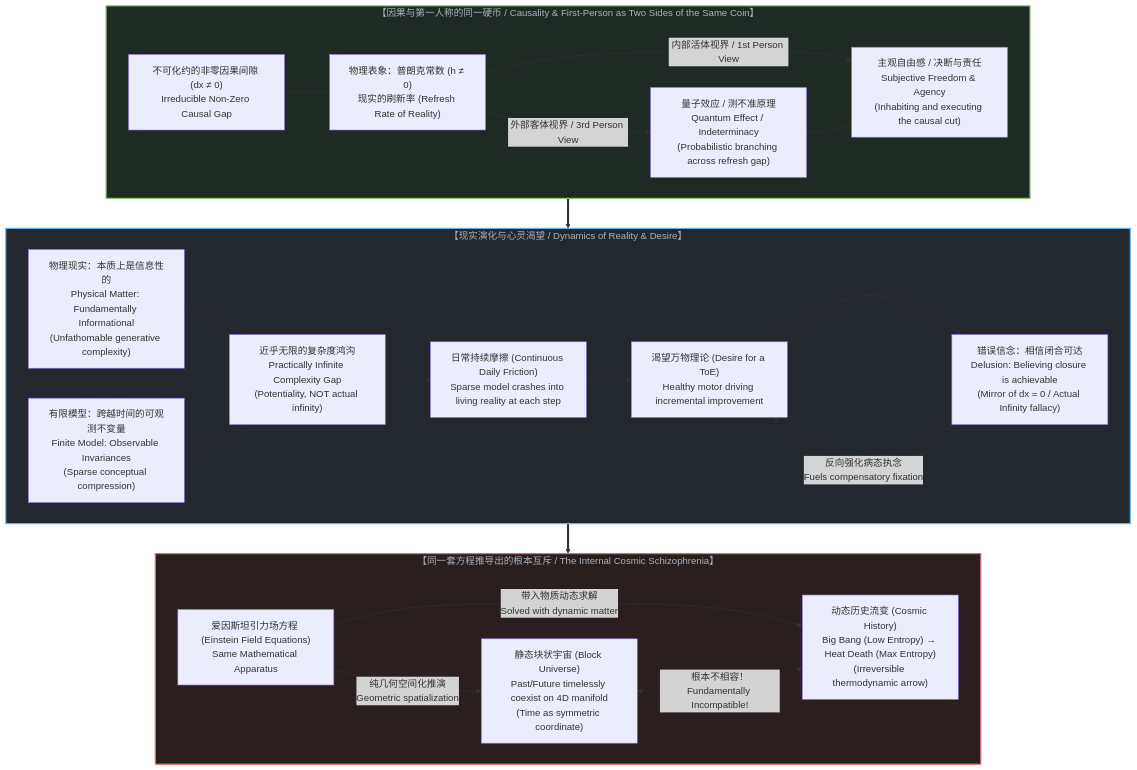
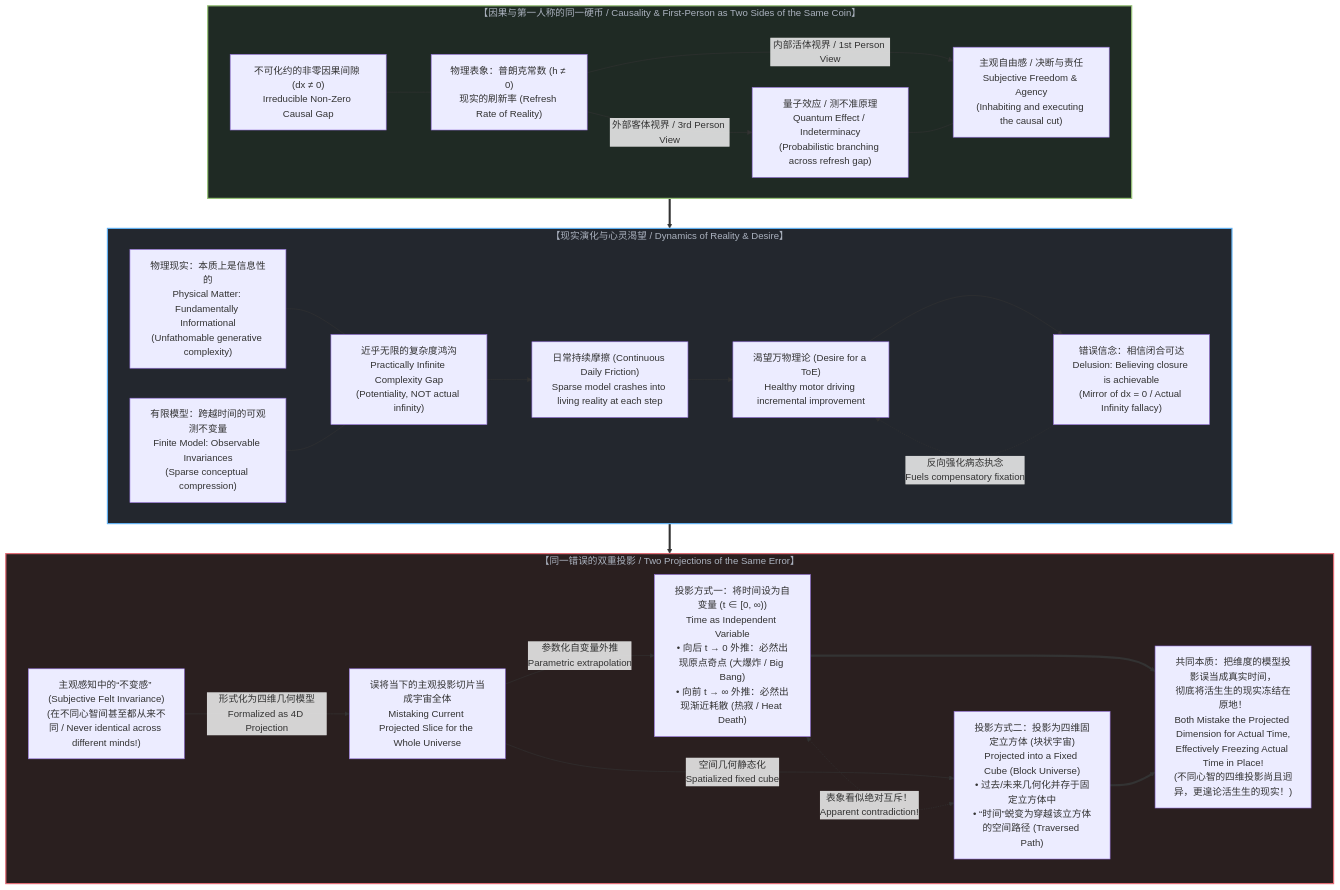
One commit to powerpig99/not-a-toe changed the diagram in content/posts/demanding-a-toe-freezes-time-into-a-catalog.md. Above: the diagram before and after it, drawn with Mermaid. The commit also changed other lines of this file and 3 other files, not shown here.

Commit message:
feat: articulate twin projections of current slice and fallacy of 4D projection across minds

````diff
--- a/content/posts/demanding-a-toe-freezes-time-into-a-catalog.md
+++ b/content/posts/demanding-a-toe-freezes-time-into-a-catalog.md
@@ -567,50 +615,59 @@
 ```mermaid
 graph TD
     subgraph GrandCoherence["【因果与第一人称的同一硬币 / Causality & First-Person as Two Sides of the Same Coin】"]
         Cut["不可化约的非零因果间隙 (dx ≠ 0)<br>Irreducible Non-Zero Causal Gap"]
         Planck["物理表象：普朗克常数 (h ≠ 0)<br>现实的刷新率 (Refresh Rate of Reality)"]
         
         Cut --- Planck
         
         Planck -->|"外部客体视界 / 3rd Person View"| Quantum["量子效应 / 测不准原理<br>Quantum Effect / Indeterminacy<br>(Probabilistic branching across refresh gap)"]
         Planck -->|"内部活体视界 / 1st Person View"| Freedom["主观自由感 / 决断与责任<br>Subjective Freedom & Agency<br>(Inhabiting and executing the causal cut)"]
         
         Quantum --- Freedom
     end
 
     subgraph Dynamics["【现实演化与心灵渴望 / Dynamics of Reality & Desire】"]
         Reality["物理现实：本质上是信息性的<br>Physical Matter: Fundamentally Informational<br>(Unfathomable generative complexity)"]
         Model["有限模型：跨越时间的可观测不变量<br>Finite Model: Observable Invariances<br>(Sparse conceptual compression)"]
         
         Gap["近乎无限的复杂度鸿沟<br>Practically Infinite Complexity Gap<br>(Potentiality, NOT actual infinity)"]
         Reality --- Gap
         Model --- Gap
         
         Friction["日常持续摩擦 (Continuous Daily Friction)<br>Sparse model crashes into living reality at each step"]
         Gap --> Friction
         
         Desire["渴望万物理论 (Desire for a ToE)<br>Healthy motor driving incremental improvement"]
         Belief["错误信念：相信闭合可达<br>Delusion: Believing closure is achievable<br>(Mirror of dx = 0 / Actual Infinity fallacy)"]
         
         Friction --> Desire
         Desire --> Belief
         Belief -. "反向强化病态执念<br>Fuels compensatory fixation" .-> Desire
     end
 
-    subgraph Schizophrenia["【同一套方程推导出的根本互斥 / The Internal Cosmic Schizophrenia】"]
-        FieldEq["爱因斯坦引力场方程 (Einstein Field Equations)<br>Same Mathematical Apparatus"]
-        Block["静态块状宇宙 (Block Universe)<br>Past/Future timelessly coexist on 4D manifold<br>(Time as symmetric coordinate)"]
-        History["动态历史流变 (Cosmic History)<br>Big Bang (Low Entropy) → Heat Death (Max Entropy)<br>(Irreversible thermodynamic arrow)"]
+    subgraph TwinProjections["【同一错误的双重投影 / Two Projections of the Same Error】"]
+        Subjective["主观感知中的“不变感” (Subjective Felt Invariance)<br>(在不同心智间甚至都从来不同 / Never identical across different minds!)"]
+        CurrentSlice["误将当下的主观投影切片当成宇宙全体<br>Mistaking Current Projected Slice for the Whole Universe"]
         
-        FieldEq -->|"纯几何空间化推演<br>Geometric spatialization"| Block
-        FieldEq -->|"带入物质动态求解<br>Solved with dynamic matter"| History
-        Block <-. "根本不相容！<br>Fundamentally Incompatible!" .-> History
+        Subjective -->|"形式化为四维几何模型<br>Formalized as 4D Projection"| CurrentSlice
+        
+        Proj1["投影方式一：将时间设为自变量 (t ∈ [0, ∞))<br>Time as Independent Variable<br>• 向后 t → 0 外推：必然出现原点奇点 (大爆炸 / Big Bang)<br>• 向前 t → ∞ 外推：必然出现渐近耗散 (热寂 / Heat Death)"]
+        
+        Proj2["投影方式二：投影为四维固定立方体 (块状宇宙)<br>Projected into a Fixed Cube (Block Universe)<br>• 过去/未来几何化并存于固定立方体中<br>• “时间”蜕变为穿越该立方体的空间路径 (Traversed Path)"]
+        
+        Freeze["共同本质：把维度的模型投影误当成真实时间，<br>彻底将活生生的现实冻结在原地！<br>Both Mistake the Projected Dimension for Actual Time,<br>Effectively Freezing Actual Time in Place!<br>(不同心智的四维投影尚且迥异，更遑论活生生的现实！)"]
+        
+        CurrentSlice -->|"参数化自变量外推<br>Parametric extrapolation"| Proj1
+        CurrentSlice -->|"空间几何静态化<br>Spatialized fixed cube"| Proj2
+        Proj1 <-. "表象看似绝对互斥！<br>Apparent contradiction!" .-> Proj2
+        Proj1 ==> Freeze
+        Proj2 ==> Freeze
     end
 
     GrandCoherence ==> Dynamics
-    Dynamics ==> Schizophrenia
+    Dynamics ==> TwinProjections
 
     style GrandCoherence fill:#1f2a24,stroke:#98c379,stroke-width:2px,color:#abb2bf
     style Dynamics fill:#23272e,stroke:#61afef,stroke-width:2px,color:#abb2bf
-    style Schizophrenia fill:#2a1f1f,stroke:#e06c75,stroke-width:2px,color:#abb2bf
+    style TwinProjections fill:#2a1f1f,stroke:#e06c75,stroke-width:2px,color:#abb2bf
 ```
````
